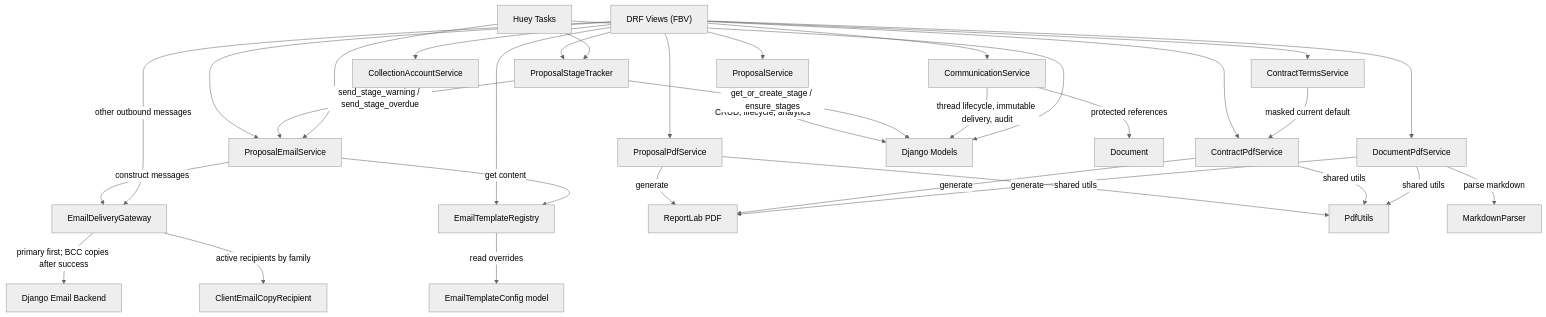
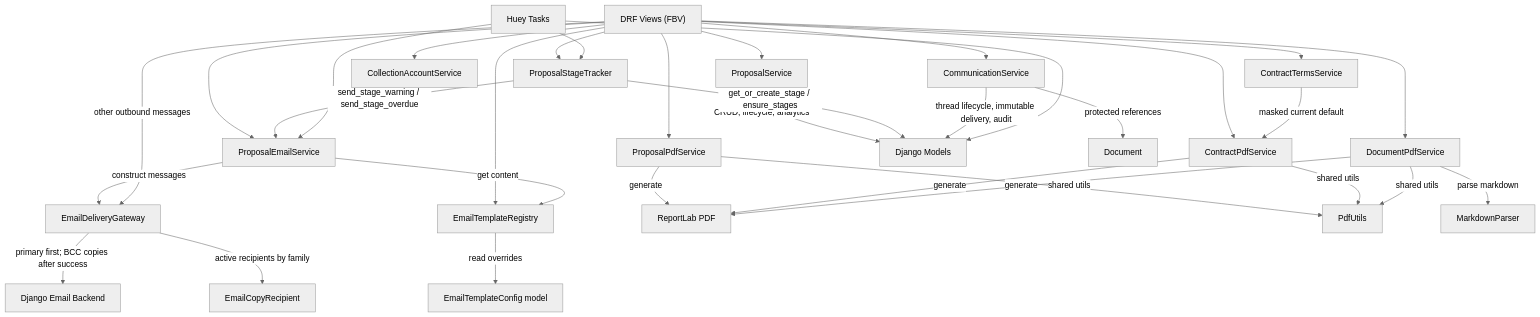
One commit to gustavop-dev/projectapp changed the sixth of 19 diagrams in docs/methodology/architecture.md. Above: the diagram before and after it, drawn with Mermaid (neutral theme). The commit also changed other lines of this file and 48 other files, not shown here.

First line of the commit message:
feat: copy every outbound email to configured recipients (#273)

````diff
--- a/docs/methodology/architecture.md
+++ b/docs/methodology/architecture.md
@@ -285,37 +285,37 @@
 ```mermaid
 flowchart TD
     Views["DRF Views (FBV)"] --> PS["ProposalService"]
     Views --> PES["ProposalEmailService"]
     Views --> PPDF["ProposalPdfService"]
     Views --> CPDF["ContractPdfService"]
     Views --> CTS["ContractTermsService"]
     Views --> ETR["EmailTemplateRegistry"]
     Views --> DPS["DocumentPdfService"]
     Views --> CMS["CommunicationService"]
     Views --> CAS["CollectionAccountService"]
     Views --> PST["ProposalStageTracker"]
 
     PS -->|CRUD, lifecycle, analytics| Models["Django Models"]
     PES -->|construct messages| EDG["EmailDeliveryGateway"]
     Views -->|other outbound messages| EDG
     EDG -->|primary first; BCC copies after success| SMTP["Django Email Backend"]
-    EDG -->|active recipients by family| CECR["ClientEmailCopyRecipient"]
+    EDG -->|active recipients by family| CECR["EmailCopyRecipient"]
     PES -->|get content| ETR
     PST -->|get_or_create_stage / ensure_stages| Models
     PST -->|send_stage_warning / send_stage_overdue| PES
     PPDF -->|generate| ReportLab["ReportLab PDF"]
     PPDF -->|shared utils| PU["PdfUtils"]
     CPDF -->|generate| ReportLab
     CPDF -->|shared utils| PU
     CTS -->|masked current default| CPDF
     DPS -->|generate| ReportLab
     DPS -->|shared utils| PU
     DPS -->|parse markdown| MP["MarkdownParser"]
     CMS -->|thread lifecycle, immutable delivery, audit| Models
     CMS -->|protected references| Documents["Document"]
     ETR -->|read overrides| ETC["EmailTemplateConfig model"]
 
     HueyTasks["Huey Tasks"] --> PES
     HueyTasks --> PST
     HueyTasks --> Models
 ```
````
